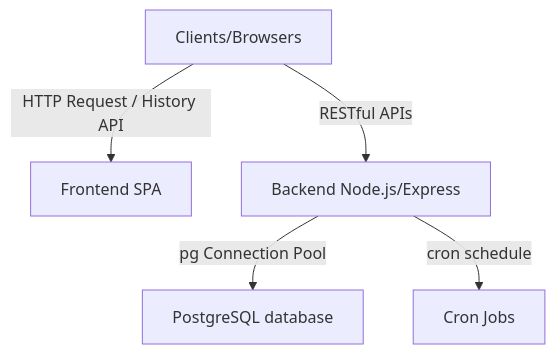
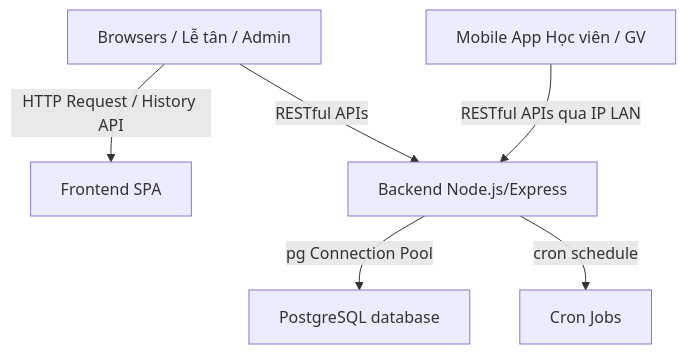
Before and after one commit to Ngoc-Minh04/Qlytrungtam: the diagram in kientruchethong.md, drawn with Mermaid. The commit also changed other lines of this file and 26 other files, not shown here.

````diff
--- a/kientruchethong.md
+++ b/kientruchethong.md
@@ -9,7 +9,8 @@
 ```mermaid
 graph TD
-    A[Clients/Browsers] -->|HTTP Request / History API| B[Frontend SPA]
+    A[Browsers / Lễ tân / Admin] -->|HTTP Request / History API| B[Frontend SPA]
     A -->|RESTful APIs| C[Backend Node.js/Express]
+    A2[Mobile App Học viên / GV] -->|RESTful APIs qua IP LAN| C
     C -->|pg Connection Pool| D[PostgreSQL database]
     C -->|cron schedule| E[Cron Jobs]
 ```
````
